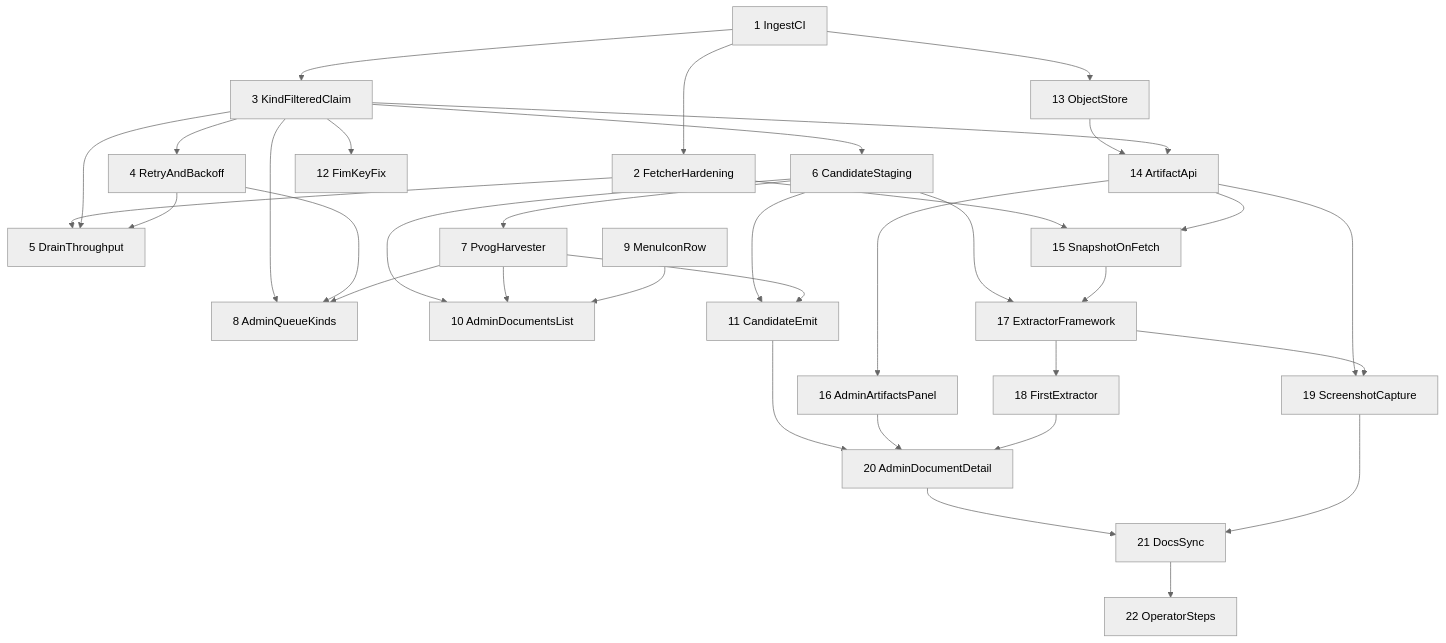
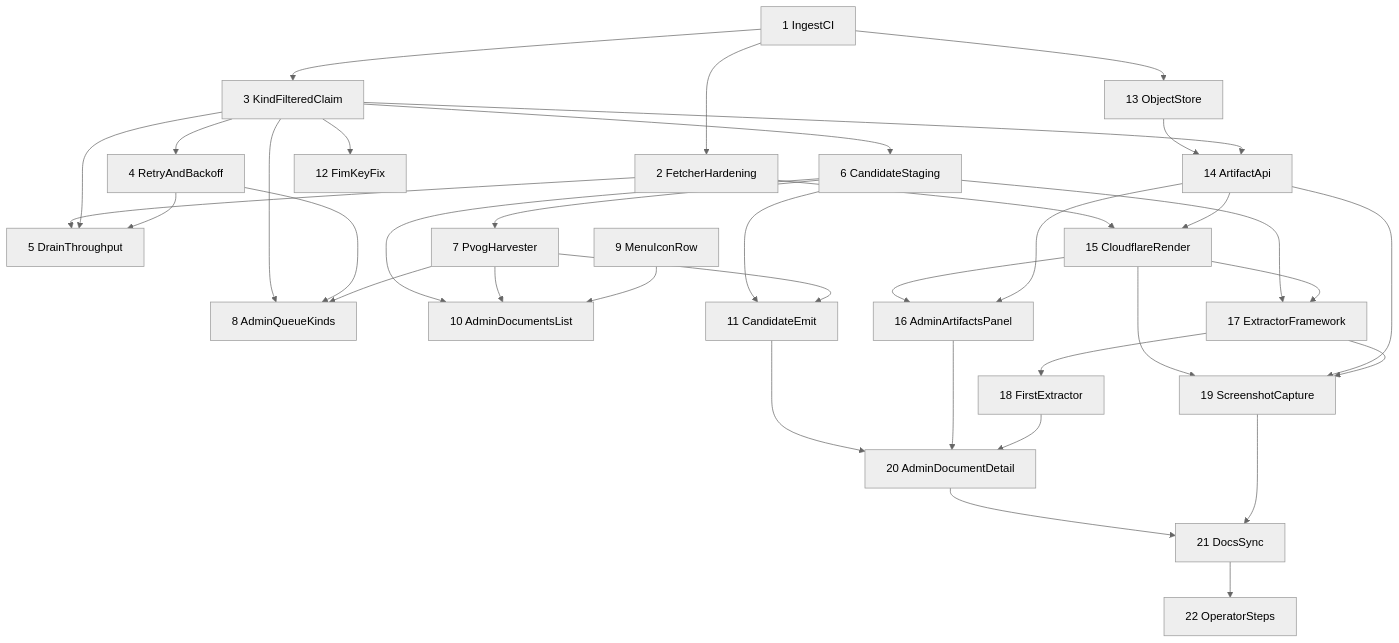
One commit to vadim-schultz/redtape changed the diagram in .plans/crawlers/01-rollout.md. Above: the diagram before and after it, drawn with Mermaid (neutral theme). The commit also changed other lines of this file and 17 other files, not shown here.

First line of the commit message:
docs(crawlers): render and screenshot through Cloudflare Browser Run (free plan)

````diff
--- a/.plans/crawlers/01-rollout.md
+++ b/.plans/crawlers/01-rollout.md
@@ -33,37 +35,39 @@
 ```mermaid
 flowchart TD
   C1[1 IngestCI] --> C2[2 FetcherHardening]
   C1 --> C3[3 KindFilteredClaim]
   C3 --> C4[4 RetryAndBackoff]
   C2 --> C5[5 DrainThroughput]
   C3 --> C5
   C4 --> C5
   C3 --> C6[6 CandidateStaging]
   C6 --> C7[7 PvogHarvester]
   C3 --> C8[8 AdminQueueKinds]
   C4 --> C8
   C7 --> C8
   C6 --> C10[10 AdminDocumentsList]
   C7 --> C10
   C9[9 MenuIconRow] --> C10
   C6 --> C11[11 CandidateEmit]
   C7 --> C11
   C3 --> C12[12 FimKeyFix]
   C1 --> C13[13 ObjectStore]
   C13 --> C14[14 ArtifactApi]
   C3 --> C14
-  C2 --> C15[15 SnapshotOnFetch]
+  C2 --> C15[15 CloudflareRender]
   C14 --> C15
-  C14 --> C16[16 AdminArtifactsPanel]
+  C15 --> C16[16 AdminArtifactsPanel]
+  C14 --> C16
   C6 --> C17[17 ExtractorFramework]
   C15 --> C17
   C17 --> C18[18 FirstExtractor]
-  C14 --> C19[19 ScreenshotCapture]
+  C15 --> C19[19 ScreenshotCapture]
+  C14 --> C19
   C17 --> C19
   C11 --> C20[20 AdminDocumentDetail]
   C16 --> C20
   C18 --> C20
   C20 --> C21[21 DocsSync]
   C19 --> C21
   C21 --> C22[22 OperatorSteps]
 ```
````
